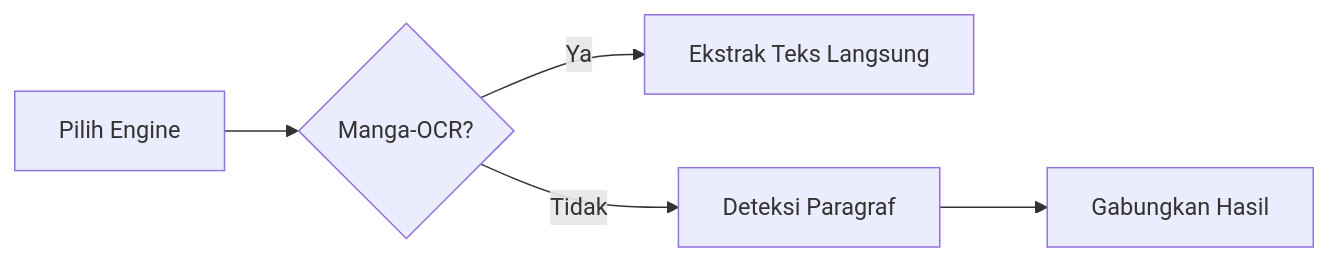
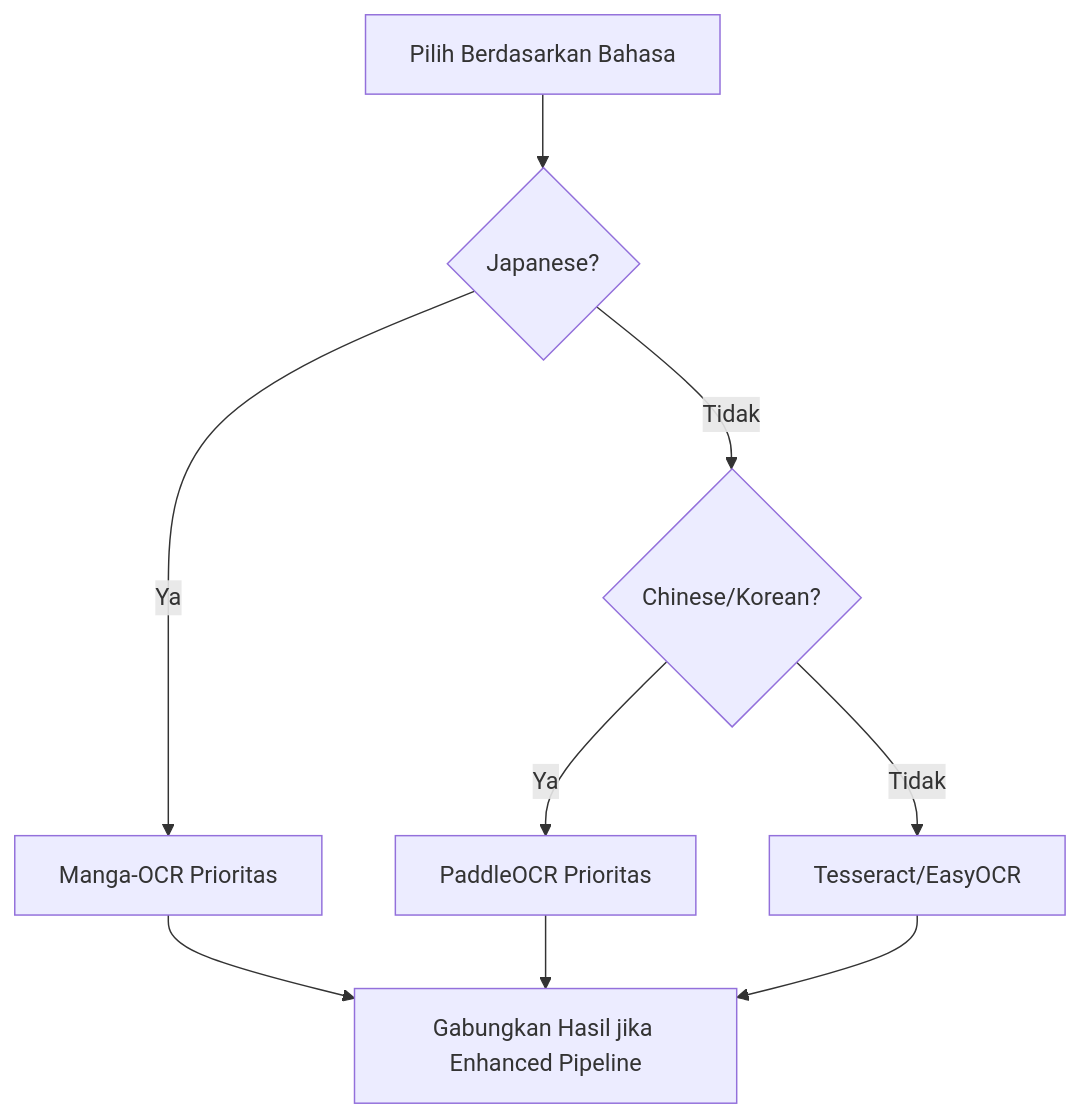
The fourth of 8 diagrams in README.md (irazawa/Manga-OCR), drawn with Mermaid before and after one commit. The commit also changed other lines of this file and 4 other files, not shown here.

````diff
--- a/README.md
+++ b/README.md
@@ -61,7 +57,9 @@
 ```mermaid
-flowchart LR
-    C1[Pilih Engine] --> C2{Manga-OCR?}
-    C2 -->|Ya| C3[Ekstrak Teks Langsung]
-    C2 -->|Tidak| C4[Deteksi Paragraf]
-    C4 --> C5[Gabungkan Hasil]
+flowchart TD
+    C1[Pilih Berdasarkan Bahasa] --> C2{Japanese?}
+    C2 -->|Ya| C3[Manga-OCR Prioritas]
+    C2 -->|Tidak| C4{Chinese/Korean?}
+    C4 -->|Ya| C5[PaddleOCR Prioritas]
+    C4 -->|Tidak| C6[Tesseract/EasyOCR]
+    C3 & C5 & C6 --> C7[Gabungkan Hasil jika Enhanced Pipeline]
 ```
````
